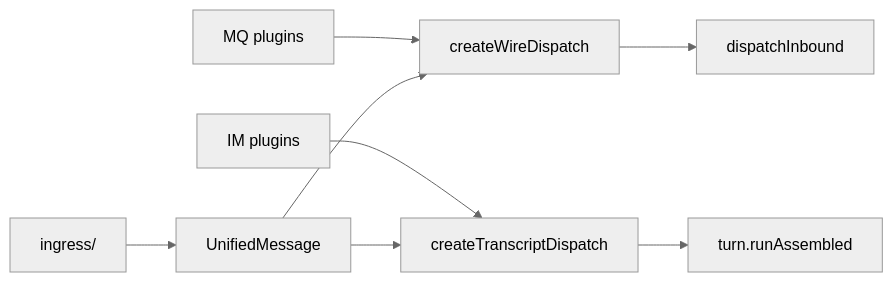
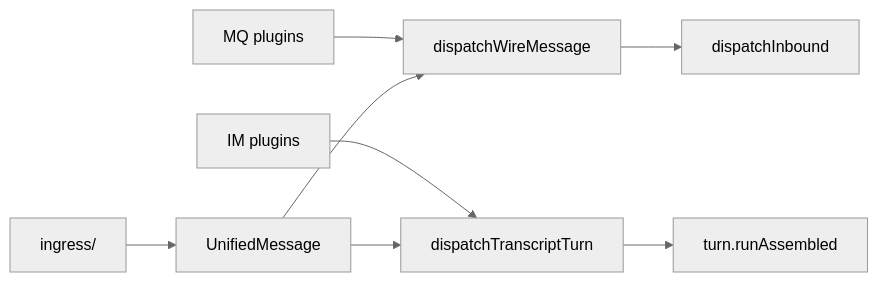
One commit to partme-ai/openclaw-plugins changed the diagram in extensions/message-sdk/docs/ARCHITECTURE.md. Above: the diagram before and after it, drawn with Mermaid (neutral theme). The commit also changed other lines of this file and 264 other files, not shown here.

````diff
--- a/extensions/message-sdk/docs/ARCHITECTURE.md
+++ b/extensions/message-sdk/docs/ARCHITECTURE.md
@@ -29,10 +29,10 @@
 ```mermaid
 flowchart LR
-  MQ[MQ plugins] --> WireDisp[createWireDispatch]
-  IM[IM plugins] --> TxDisp[createTranscriptDispatch]
+  MQ[MQ plugins] --> WireDisp[dispatchWireMessage]
+  IM[IM plugins] --> TxDisp[dispatchTranscriptTurn]
   WireDisp --> Bridge[dispatchInbound]
   TxDisp --> RunAsm[turn.runAssembled]
   Ingress[ingress/] --> UM[UnifiedMessage]
   UM --> WireDisp
   UM --> TxDisp
 ```
````
